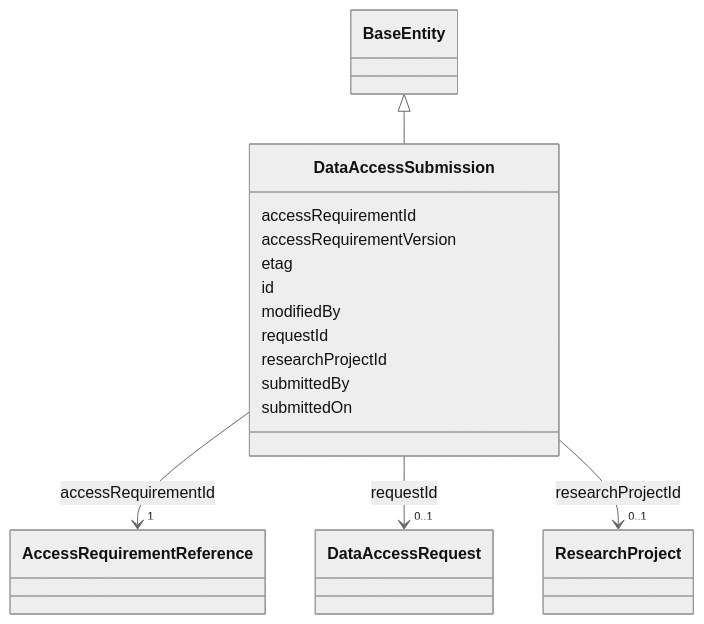
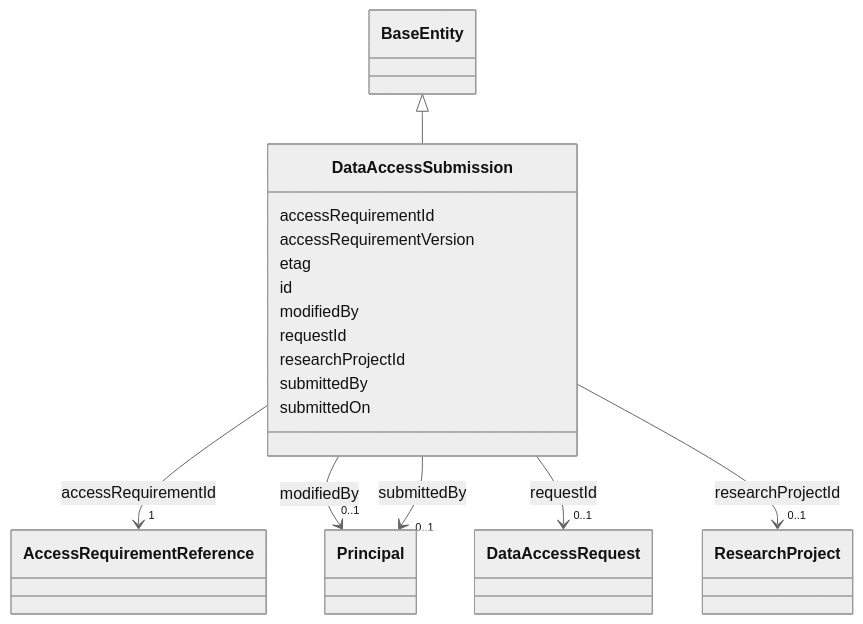
Before and after one commit to mc2-center/governanceDUO: the diagram in docs/reference/classes/DataAccessSubmission.md, drawn with Mermaid (neutral theme). The commit also changed other lines of this file and 39 other files, not shown here.

````diff
--- a/docs/reference/classes/DataAccessSubmission.md
+++ b/docs/reference/classes/DataAccessSubmission.md
@@ -25,54 +25,72 @@
 ```mermaid
  classDiagram
     class DataAccessSubmission
     click DataAccessSubmission href "../../classes/DataAccessSubmission/"
       BaseEntity <|-- DataAccessSubmission
         click BaseEntity href "../../classes/BaseEntity/"
       
       DataAccessSubmission : accessRequirementId
         
           
     
         
         
         DataAccessSubmission --> "1" AccessRequirementReference : accessRequirementId
         click AccessRequirementReference href "../../classes/AccessRequirementReference/"
     
 
         
       DataAccessSubmission : accessRequirementVersion
         
       DataAccessSubmission : etag
         
       DataAccessSubmission : id
         
       DataAccessSubmission : modifiedBy
         
+          
+    
+        
+        
+        DataAccessSubmission --> "0..1" Principal : modifiedBy
+        click Principal href "../../classes/Principal/"
+    
+
+        
       DataAccessSubmission : requestId
         
           
     
         
         
         DataAccessSubmission --> "0..1" DataAccessRequest : requestId
         click DataAccessRequest href "../../classes/DataAccessRequest/"
     
 
         
       DataAccessSubmission : researchProjectId
         
           
     
         
         
         DataAccessSubmission --> "0..1" ResearchProject : researchProjectId
         click ResearchProject href "../../classes/ResearchProject/"
     
 
         
       DataAccessSubmission : submittedBy
         
+          
+    
+        
+        
+        DataAccessSubmission --> "0..1" Principal : submittedBy
+        click Principal href "../../classes/Principal/"
+    
+
+        
       DataAccessSubmission : submittedOn
         
       
 ```
````
